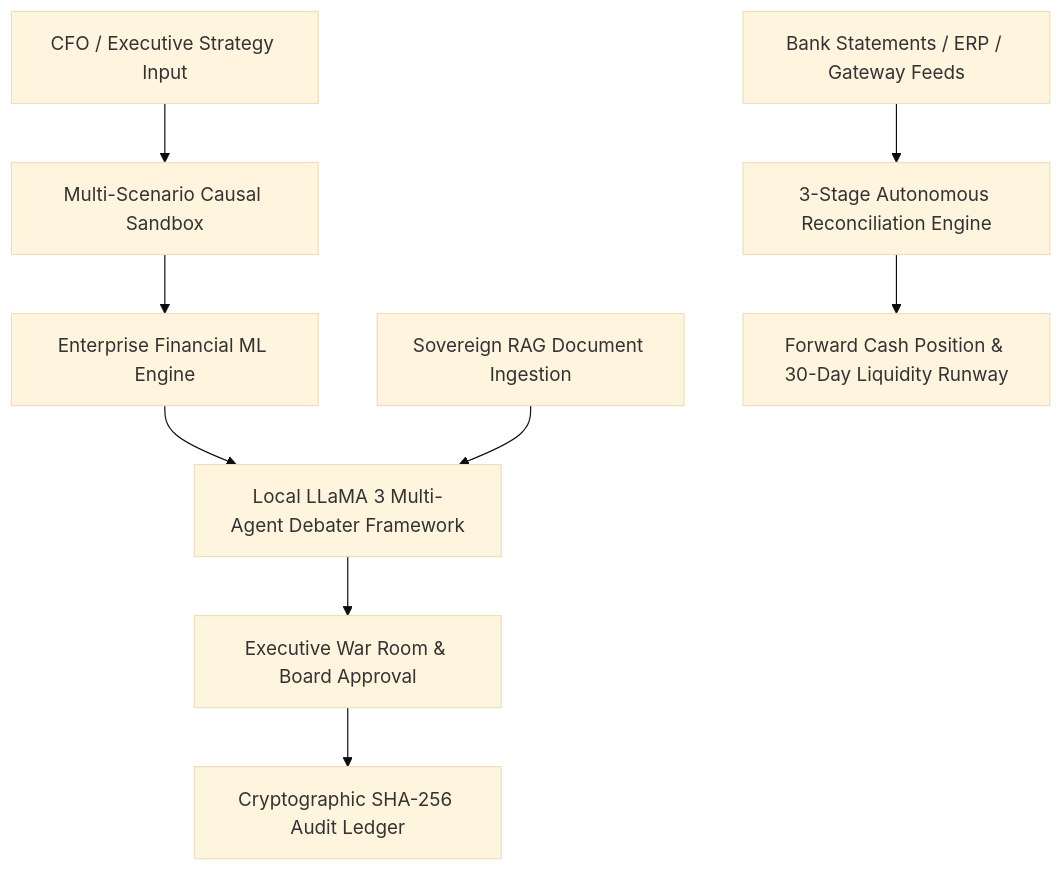
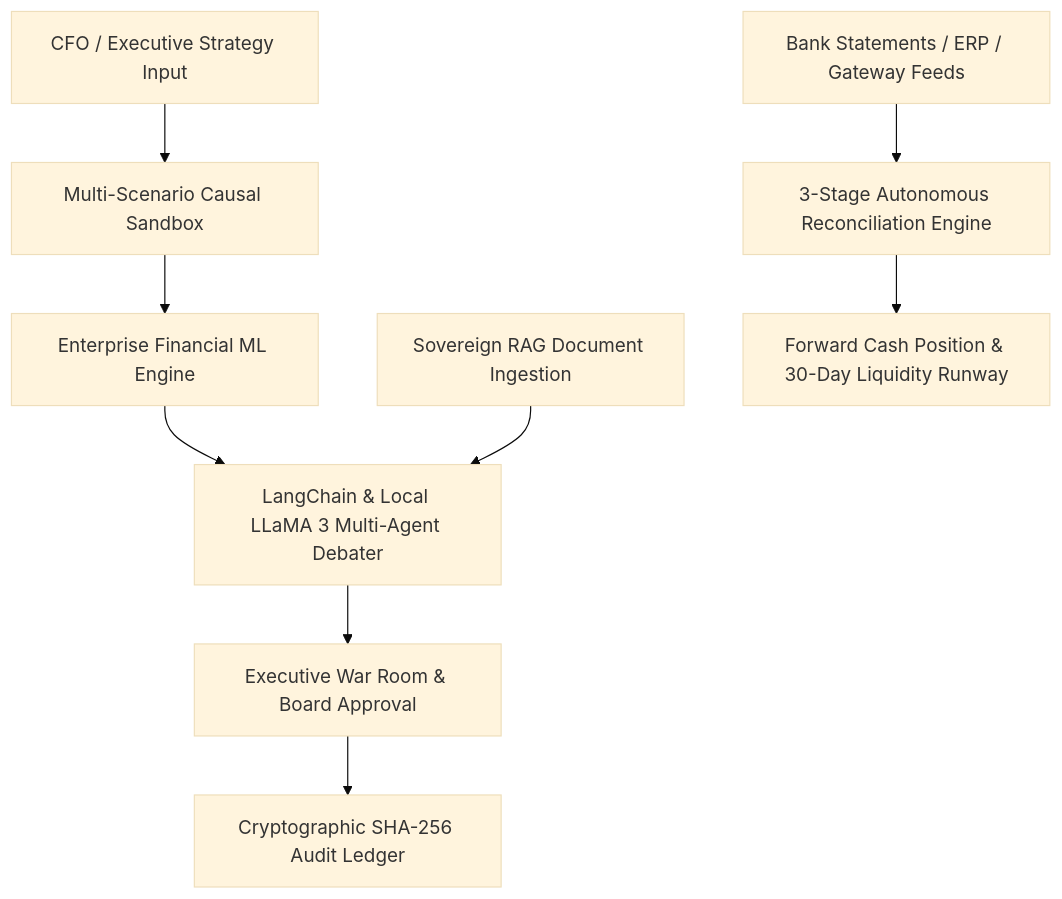
One commit to jaimiltrived/BUILDTHON- changed the second of 2 diagrams in README.md. Above: the diagram before and after it, drawn with Mermaid (base theme). The commit also changed other lines of this file, not shown here.

Commit message:
docs(readme): Add LangChain framework architecture, Sovereign RAG pipeline details, and exact language statistics breakdown

````diff
--- a/README.md
+++ b/README.md
@@ -22,11 +66,11 @@
 ```mermaid
 graph TD
     A[CFO / Executive Strategy Input] --> B[Multi-Scenario Causal Sandbox]
     B --> C[Enterprise Financial ML Engine]
-    C --> D[Local LLaMA 3 Multi-Agent Debater Framework]
+    C --> D[LangChain & Local LLaMA 3 Multi-Agent Debater]
     E[Sovereign RAG Document Ingestion] --> D
     D --> F[Executive War Room & Board Approval]
     F --> G[Cryptographic SHA-256 Audit Ledger]
     H[Bank Statements / ERP / Gateway Feeds] --> I[3-Stage Autonomous Reconciliation Engine]
     I --> J[Forward Cash Position & 30-Day Liquidity Runway]
 ```
````
